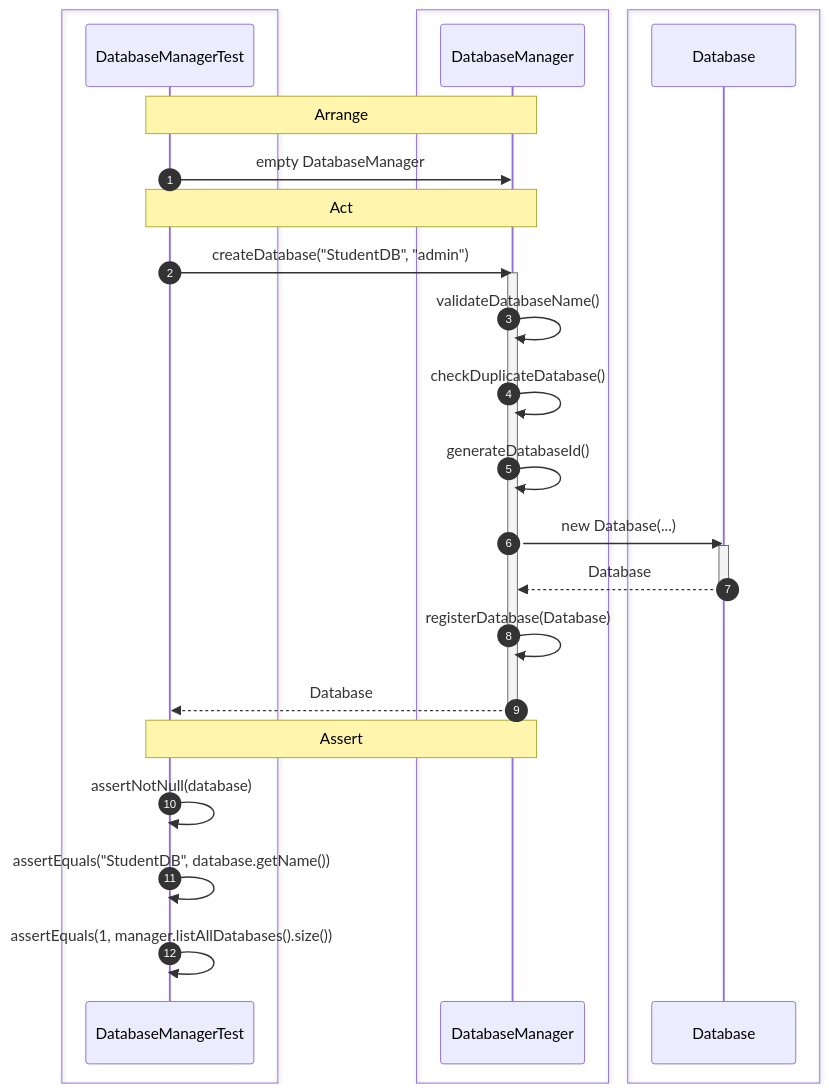
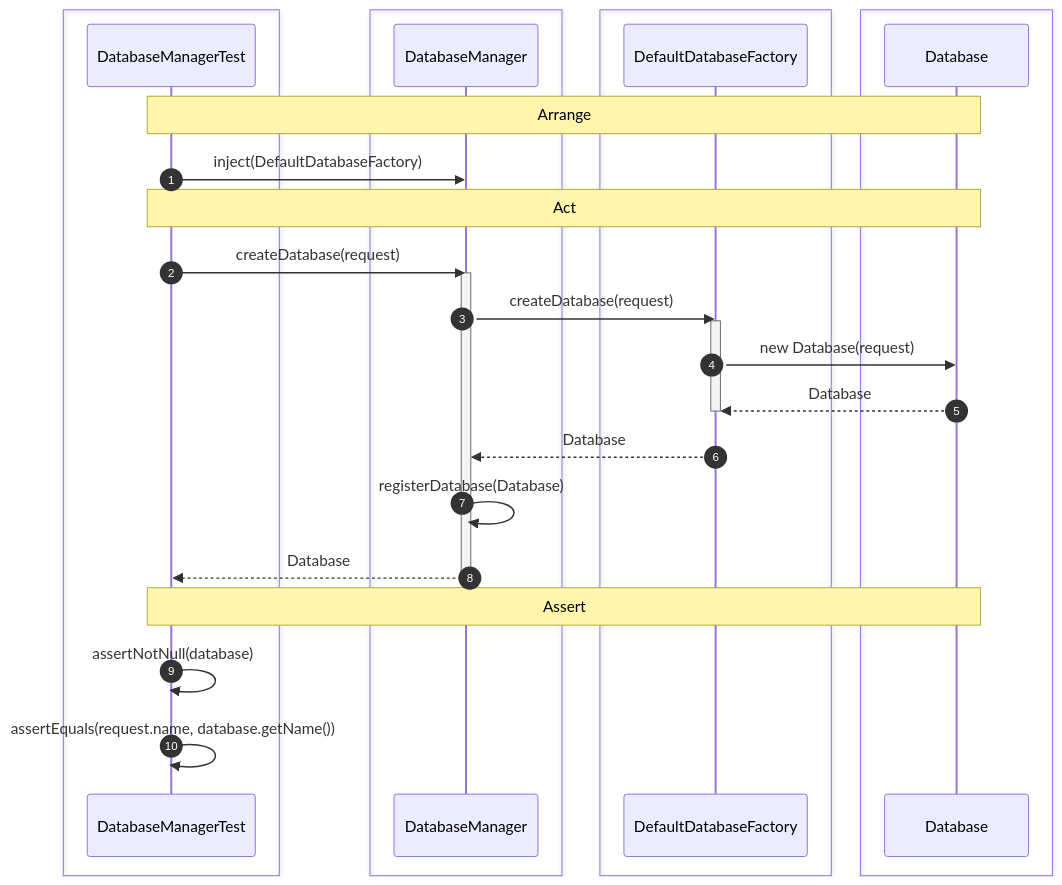
Before and after one commit to Huy1801214/dbms-architecture: the ninth of 46 diagrams in docs/sequence/db-server.md, drawn with Mermaid. The commit also changed 18 other files, not shown here.

````diff
--- a/docs/sequence/db-server.md
+++ b/docs/sequence/db-server.md
@@ -128,43 +128,50 @@
 ```mermaid
 sequenceDiagram
     autonumber
 
     box #e1f5fe Test Suite
     participant Test as DatabaseManagerTest
     end
 
-    box #e3f2fd DatabaseManager Component
+    box #e3f2fd Database Manager
     participant DM as DatabaseManager
     end
 
-    box #e8f5e9 Domain Object
+    box #fff3e0 Factory
+    participant DF as DefaultDatabaseFactory
+    end
+
+    box #e8f5e9 Domain
     participant DB as Database
     end
 
-    Note over Test,DM: Arrange
-    Test->>DM: empty DatabaseManager
+    Note over Test,DB: Arrange
+    Test->>DM: inject(DefaultDatabaseFactory)
 
-    Note over Test,DM: Act
-    Test->>DM: createDatabase("StudentDB", "admin")
+    Note over Test,DB: Act
+    Test->>DM: createDatabase(request)
 
     activate DM
 
-    DM->>DM: validateDatabaseName()
-    DM->>DM: checkDuplicateDatabase()
-    DM->>DM: generateDatabaseId()
+    DM->>DF: createDatabase(request)
 
-    DM->>DB: new Database(...)
-    activate DB
-    DB-->>DM: Database
-    deactivate DB
+    activate DF
+
+    DF->>DB: new Database(request)
+
+    DB-->>DF: Database
+
+    deactivate DF
+
+    DF-->>DM: Database
 
     DM->>DM: registerDatabase(Database)
 
     DM-->>Test: Database
+
     deactivate DM
 
-    Note over Test,DM: Assert
+    Note over Test,DB: Assert
     Test->>Test: assertNotNull(database)
-    Test->>Test: assertEquals("StudentDB", database.getName())
-    Test->>Test: assertEquals(1, manager.listAllDatabases().size())
+    Test->>Test: assertEquals(request.name, database.getName())
 ```
````
